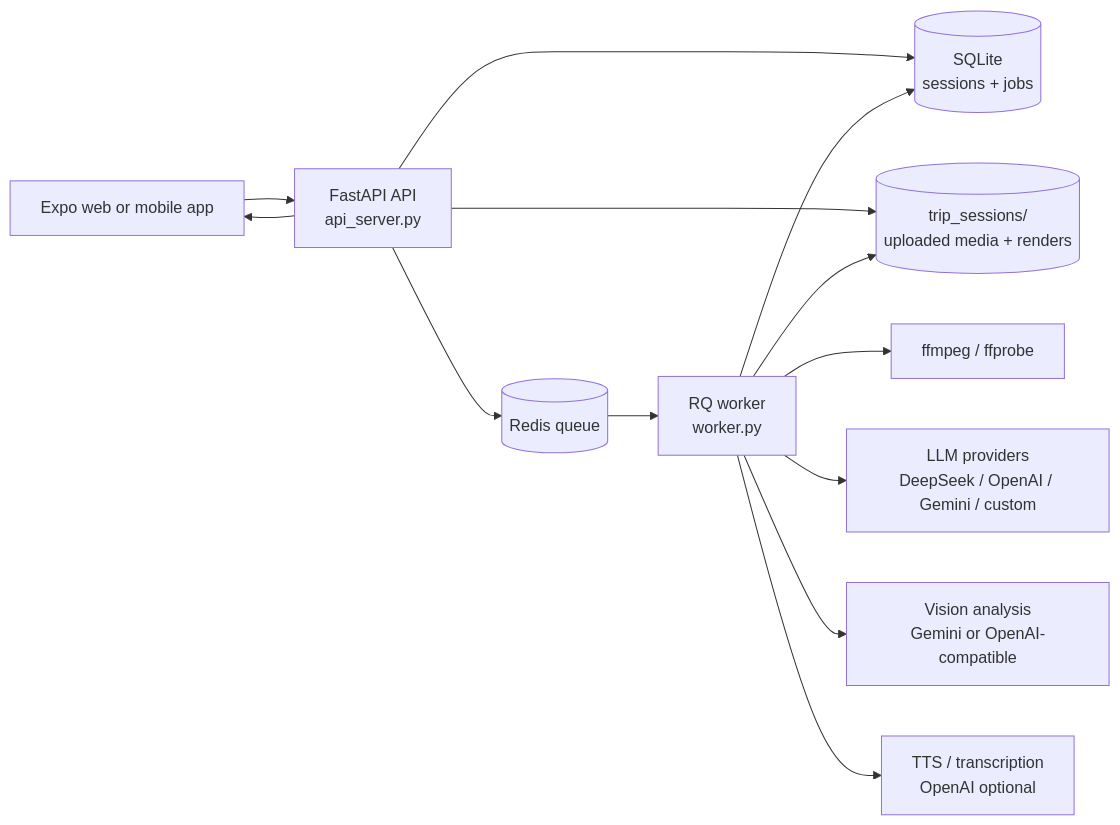
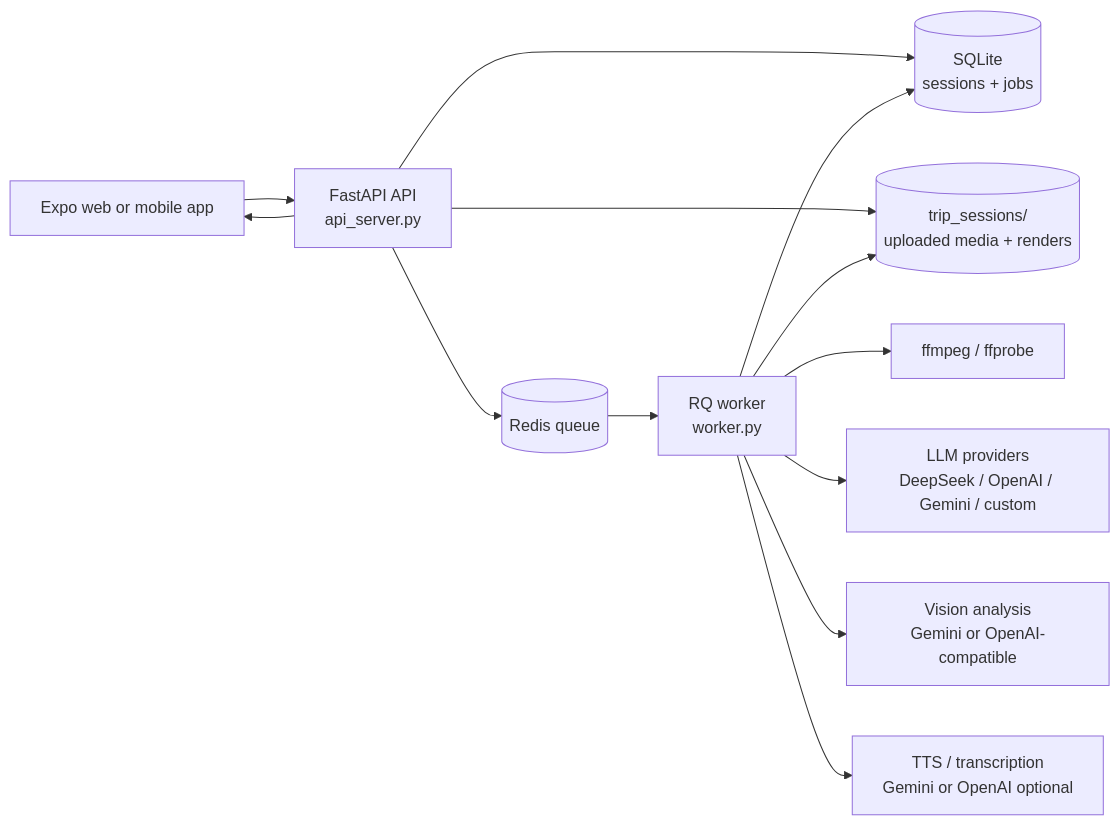
Before and after one commit to namprice227/trendsync: the first of 2 diagrams in README.md, drawn with Mermaid. The commit also changed other lines of this file and 19 other files, not shown here.

````diff
--- a/README.md
+++ b/README.md
@@ -24,15 +24,15 @@
 ```mermaid
 flowchart LR
     user[Expo web or mobile app] --> api[FastAPI API<br/>api_server.py]
     api --> db[(SQLite<br/>sessions + jobs)]
     api --> media[(trip_sessions/<br/>uploaded media + renders)]
     api --> redis[(Redis queue)]
     redis --> worker[RQ worker<br/>worker.py]
     worker --> db
     worker --> media
     worker --> ffmpeg[ffmpeg / ffprobe]
     worker --> llm[LLM providers<br/>DeepSeek / OpenAI / Gemini / custom]
     worker --> vision[Vision analysis<br/>Gemini or OpenAI-compatible]
-    worker --> tts[TTS / transcription<br/>OpenAI optional]
+    worker --> tts[TTS / transcription<br/>Gemini or OpenAI optional]
     api --> user
 ```
````
